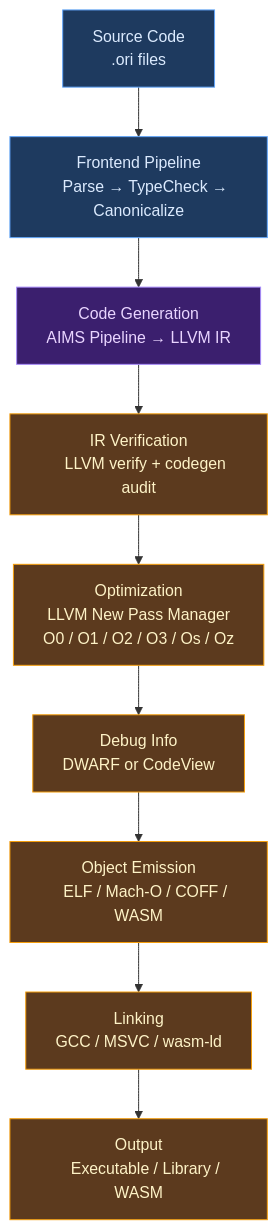
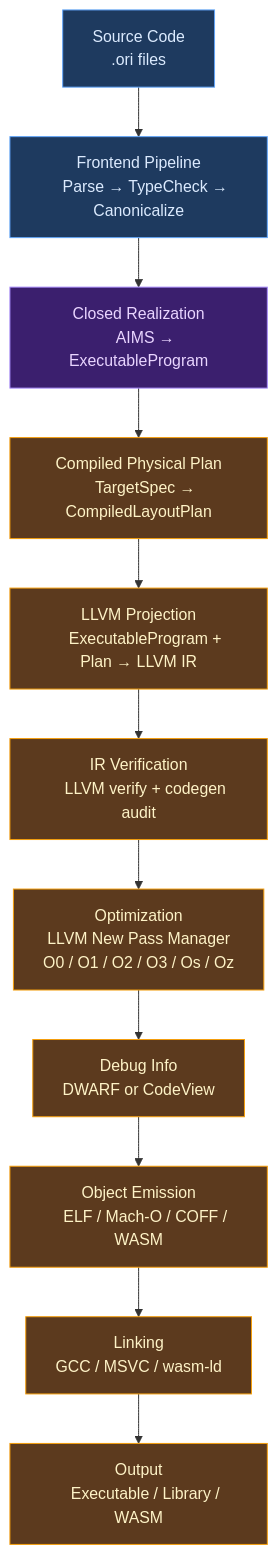
Before and after one commit to upstat-io/ori-lang: the diagram in docs/compiler/design/10-llvm-backend/aot.md, drawn with Mermaid. The commit also changed other lines of this file and 686 other files, not shown here.

````diff
--- a/docs/compiler/design/10-llvm-backend/aot.md
+++ b/docs/compiler/design/10-llvm-backend/aot.md
@@ -56,53 +56,63 @@
 ```mermaid
 flowchart TB
     Source["Source Code
     .ori files"]
 
     Frontend["Frontend Pipeline
     Parse → TypeCheck → Canonicalize"]
 
-    Codegen["Code Generation
-    AIMS Pipeline → LLVM IR"]
+    Realize["Closed Realization
+    AIMS → ExecutableProgram"]
+
+    Layout["Compiled Physical Plan
+    TargetSpec → CompiledLayoutPlan"]
+
+    Codegen["LLVM Projection
+    ExecutableProgram + Plan → LLVM IR"]
 
     Verify["IR Verification
     LLVM verify + codegen audit"]
 
     Optimize["Optimization
     LLVM New Pass Manager
     O0 / O1 / O2 / O3 / Os / Oz"]
 
     Debug["Debug Info
     DWARF or CodeView"]
 
     Object["Object Emission
     ELF / Mach-O / COFF / WASM"]
 
     Link["Linking
     GCC / MSVC / wasm-ld"]
 
     Output["Output
     Executable / Library / WASM"]
 
     Source --> Frontend
-    Frontend --> Codegen
+    Frontend --> Realize
+    Realize --> Layout
+    Layout --> Codegen
     Codegen --> Verify
     Verify --> Optimize
     Optimize --> Debug
     Debug --> Object
     Object --> Link
     Link --> Output
 
     classDef frontend fill:#1e3a5f,stroke:#60a5fa,color:#dbeafe
     classDef canon fill:#3b1f6e,stroke:#a78bfa,color:#e9d5ff
     classDef native fill:#5c3a1e,stroke:#f59e0b,color:#fef3c7
 
     class Source frontend
     class Frontend frontend
-    class Codegen canon
+    class Realize canon
+    class Layout native
+    class Codegen native
     class Verify native
     class Optimize native
     class Debug native
     class Object native
     class Link native
     class Output native
 ```
````
